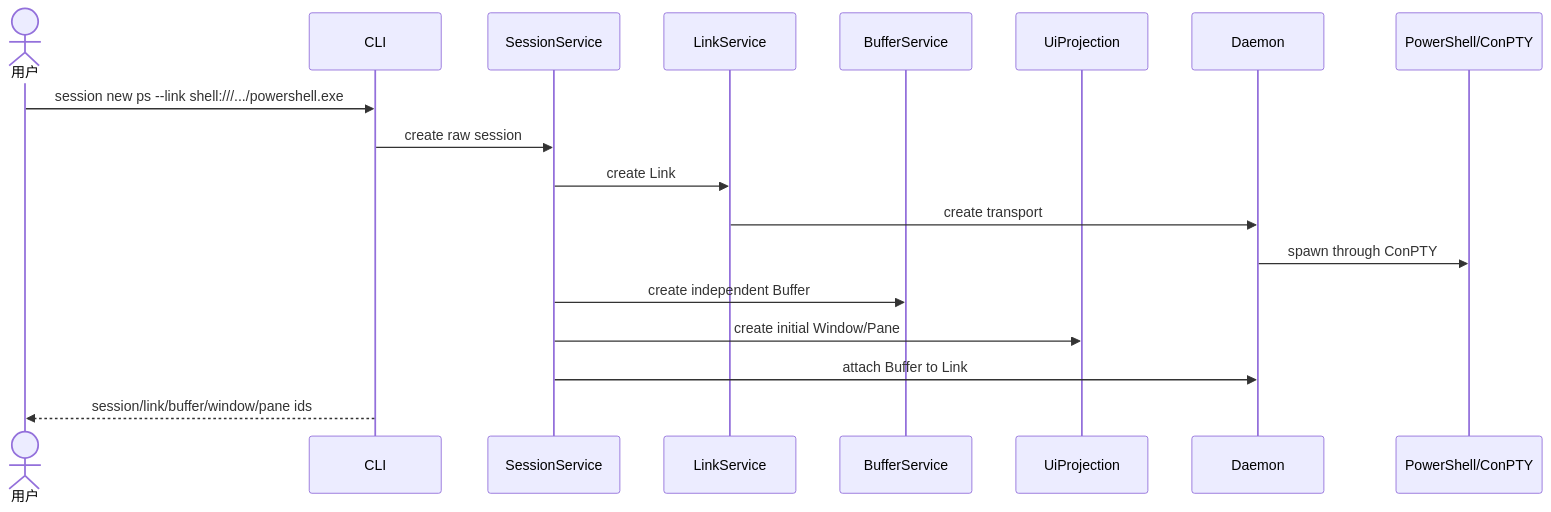
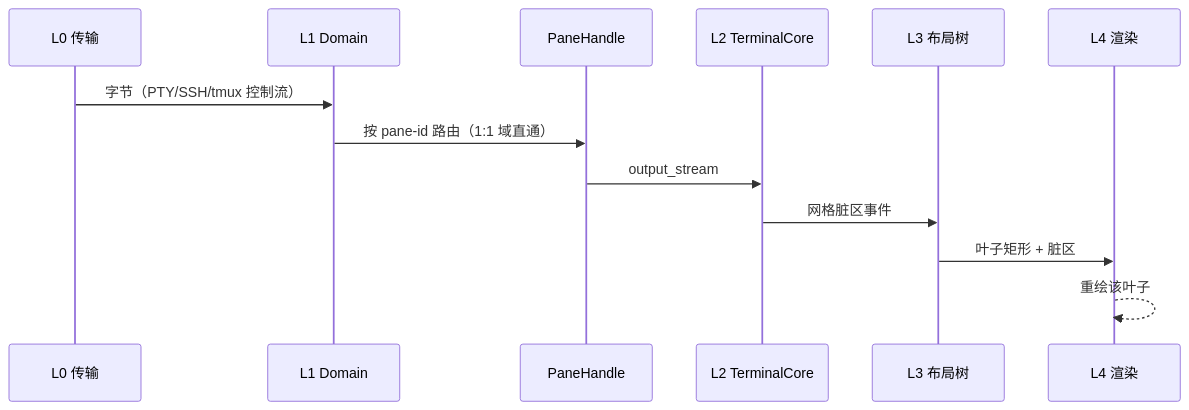
The second of 5 diagrams in doc/arch/view-logic.md (xiaoshan1234/xscore), drawn with Mermaid before and after one commit. The commit also changed other lines of this file and 4 other files, not shown here.

First line of the commit message:
refactor: update architecture documentation for terminal emulator

````diff
--- a/doc/arch/view-logic.md
+++ b/doc/arch/view-logic.md
@@ -124,21 +102,16 @@
 ```mermaid
 sequenceDiagram
-    actor U as 用户
-    participant C as CLI
-    participant S as SessionService
-    participant L as LinkService
-    participant B as BufferService
-    participant UI as UiProjection
-    participant D as Daemon
-    participant P as PowerShell/ConPTY
+    participant IO as L0 传输
+    participant D as L1 Domain
+    participant PH as PaneHandle
+    participant TC as L2 TerminalCore
+    participant L3 as L3 布局树
+    participant L4 as L4 渲染
 
-    U->>C: session new ps --link shell:///.../powershell.exe
-    C->>S: create raw session
-    S->>L: create Link
-    L->>D: create transport
-    D->>P: spawn through ConPTY
-    S->>B: create independent Buffer
-    S->>UI: create initial Window/Pane
-    S->>D: attach Buffer to Link
-    C-->>U: session/link/buffer/window/pane ids
+    IO->>D: 字节（PTY/SSH/tmux 控制流）
+    D->>PH: 按 pane-id 路由（1:1 域直通）
+    PH->>TC: output_stream
+    TC->>L3: 网格脏区事件
+    L3->>L4: 叶子矩形 + 脏区
+    L4-->>L4: 重绘该叶子
 ```
````
